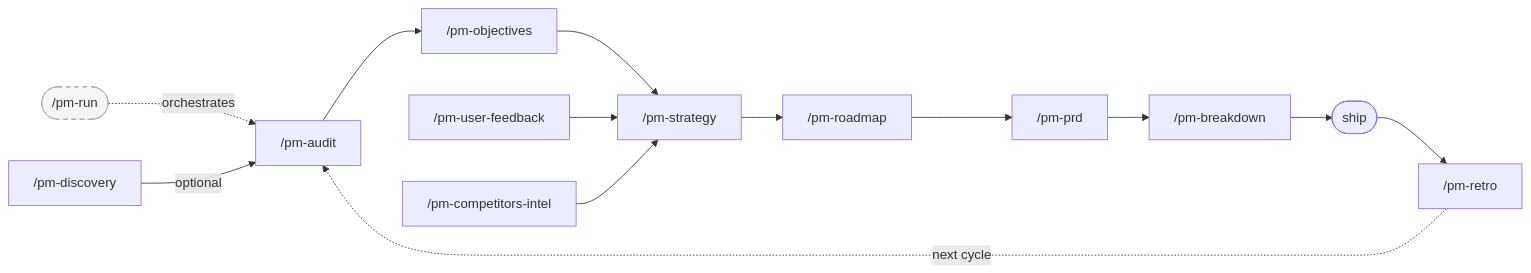
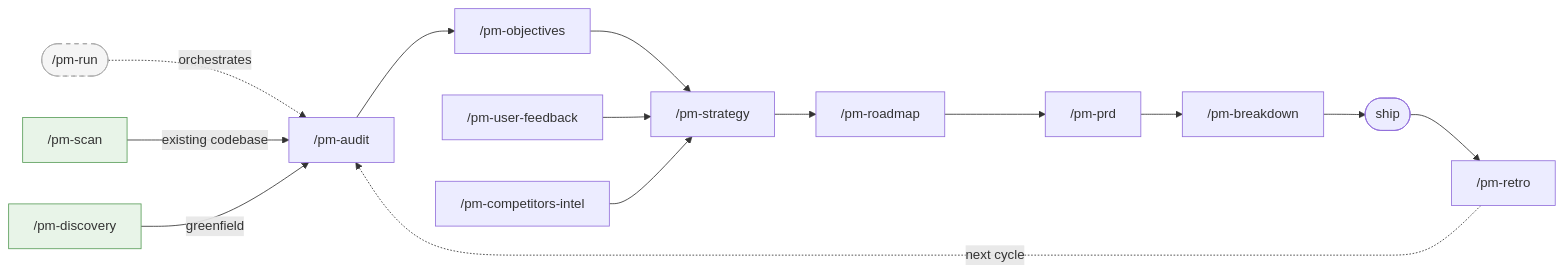
The diagram in README.md (nmrtn/nanopm), drawn with Mermaid before and after one commit. The commit also changed other lines of this file and 2 other files, not shown here.

Commit message:
Add pm-scan skill: reverse-engineer existing codebases before audit, pre-fill Q1-Q4 from code reality
Introduce /pm-scan for existing projects (vs. /pm-discovery for greenfield). Reads routes, models, tests, git history to derive what product actually does, who it's for, and gaps between stated vs. actual. Outputs SCAN.md with pre-filled audit answers sourced from code, not self-reporting.

Update /pm-run Phase 0b: ask "existing project / greenfield / skip to audit" before pipeline. If existing

````diff
--- a/README.md
+++ b/README.md
@@ -85,18 +86,20 @@
 ```mermaid
 graph LR
     RUN(["/pm-run"]):::runner -.->|orchestrates| AUDIT
 
-    DISC["/pm-discovery"] -->|optional| AUDIT["/pm-audit"]
+    SCAN["/pm-scan"]:::entry -->|existing codebase| AUDIT["/pm-audit"]
+    DISC["/pm-discovery"]:::entry -->|greenfield| AUDIT
     AUDIT --> OBJ["/pm-objectives"]
     OBJ --> STRAT["/pm-strategy"]
     UF["/pm-user-feedback"] --> STRAT
     CI["/pm-competitors-intel"] --> STRAT
     STRAT --> ROAD["/pm-roadmap"]
     ROAD --> PRD["/pm-prd"]
     PRD --> BREAK["/pm-breakdown"]
     BREAK --> SHIP(["ship"])
     SHIP --> RETRO["/pm-retro"]
     RETRO -.->|next cycle| AUDIT
 
     classDef runner fill:#f5f5f5,stroke:#aaa,stroke-dasharray:5 5
+    classDef entry fill:#e8f4e8,stroke:#5a9e5a
 ```
````
